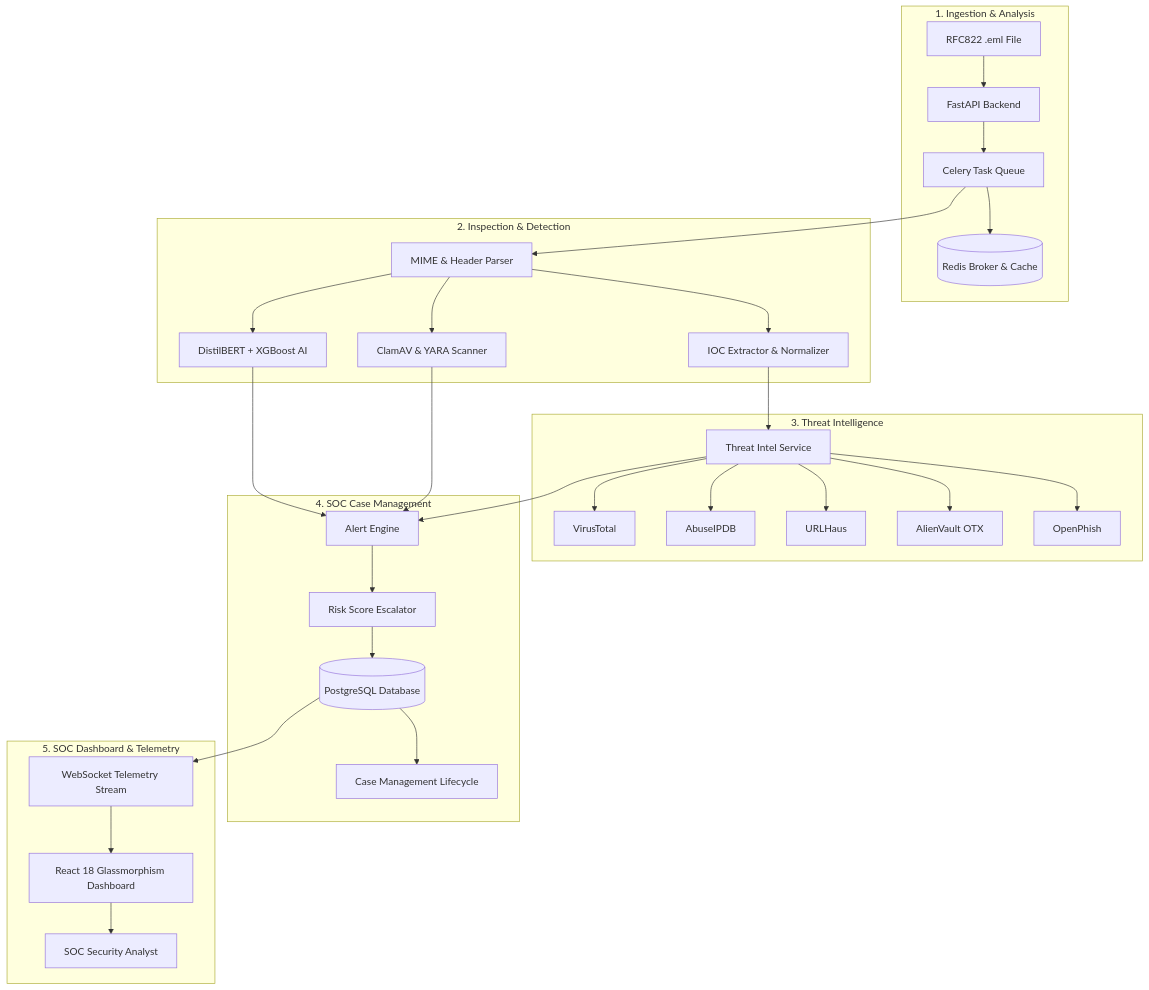
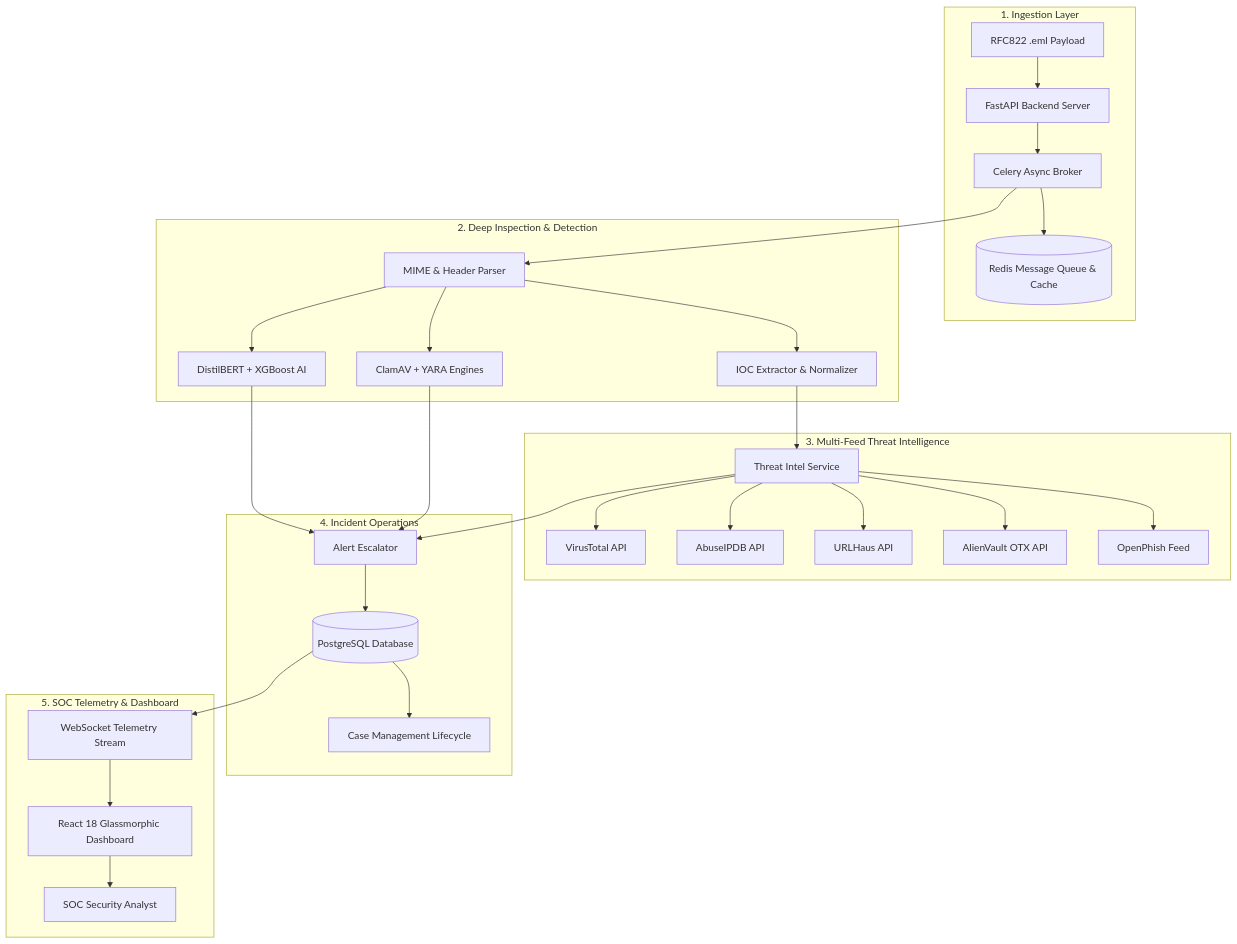
The diagram in README.md (umeshpandeysh/CyberShield-AI-SOC), drawn with Mermaid before and after one commit. The commit also changed other lines of this file and 4 other files, not shown here.

First line of the commit message:
docs(open-source): add open-source community standards, license, and polished README presentation

````diff
--- a/README.md
+++ b/README.md
@@ -22,37 +45,36 @@
 ```mermaid
 flowchart TB
-    subgraph Ingestion ["1. Ingestion & Analysis"]
-        EML["RFC822 .eml File"] --> API["FastAPI Backend"]
-        API --> Celery["Celery Task Queue"]
-        Celery --> Redis[("Redis Broker & Cache")]
+    subgraph Ingestion ["1. Ingestion Layer"]
+        EML["RFC822 .eml Payload"] --> API["FastAPI Backend Server"]
+        API --> Celery["Celery Async Broker"]
+        Celery --> Redis[("Redis Message Queue & Cache")]
     end
 
-    subgraph Processing ["2. Inspection & Detection"]
+    subgraph Inspection ["2. Deep Inspection & Detection"]
         Celery --> Parser["MIME & Header Parser"]
-        Parser --> Scanner["ClamAV & YARA Scanner"]
+        Parser --> Scanner["ClamAV + YARA Engines"]
         Parser --> AI["DistilBERT + XGBoost AI"]
         Parser --> IOC["IOC Extractor & Normalizer"]
     end
 
-    subgraph Enrichment ["3. Threat Intelligence"]
+    subgraph Intelligence ["3. Multi-Feed Threat Intelligence"]
         IOC --> TI["Threat Intel Service"]
-        TI --> VT["VirusTotal"]
-        TI --> AB["AbuseIPDB"]
-        TI --> UH["URLHaus"]
-        TI --> OTX["AlienVault OTX"]
-        TI --> OP["OpenPhish"]
+        TI --> VT["VirusTotal API"]
+        TI --> AB["AbuseIPDB API"]
+        TI --> UH["URLHaus API"]
+        TI --> OTX["AlienVault OTX API"]
+        TI --> OP["OpenPhish Feed"]
     end
 
-    subgraph Operations ["4. SOC Case Management"]
-        AI & Scanner & TI --> Alert["Alert Engine"]
-        Alert --> Escalation["Risk Score Escalator"]
-        Escalation --> DB[("PostgreSQL Database")]
+    subgraph Operations ["4. Incident Operations"]
+        AI & Scanner & TI --> Alert["Alert Escalator"]
+        Alert --> DB[("PostgreSQL Database")]
         DB --> Cases["Case Management Lifecycle"]
     end
 
-    subgraph Presentation ["5. SOC Dashboard & Telemetry"]
+    subgraph Presentation ["5. SOC Telemetry & Dashboard"]
         DB --> WS["WebSocket Telemetry Stream"]
-        WS --> UI["React 18 Glassmorphism Dashboard"]
+        WS --> UI["React 18 Glassmorphic Dashboard"]
         UI --> Analyst["SOC Security Analyst"]
     end
 ```
````
